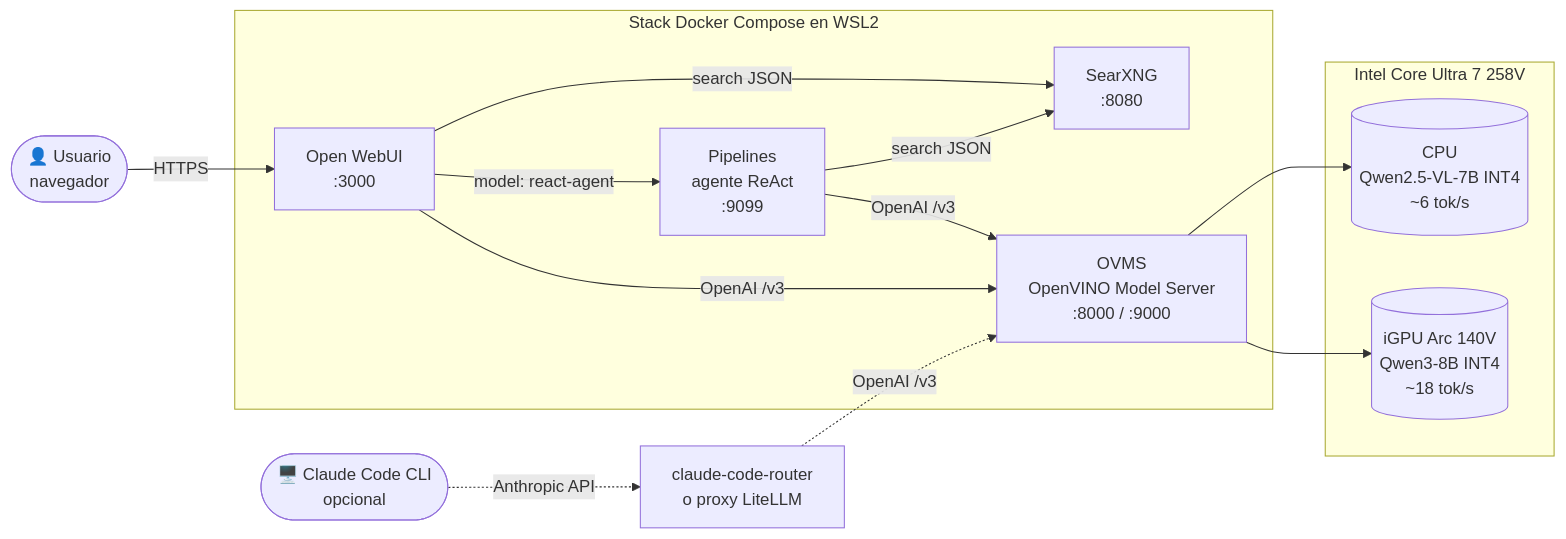
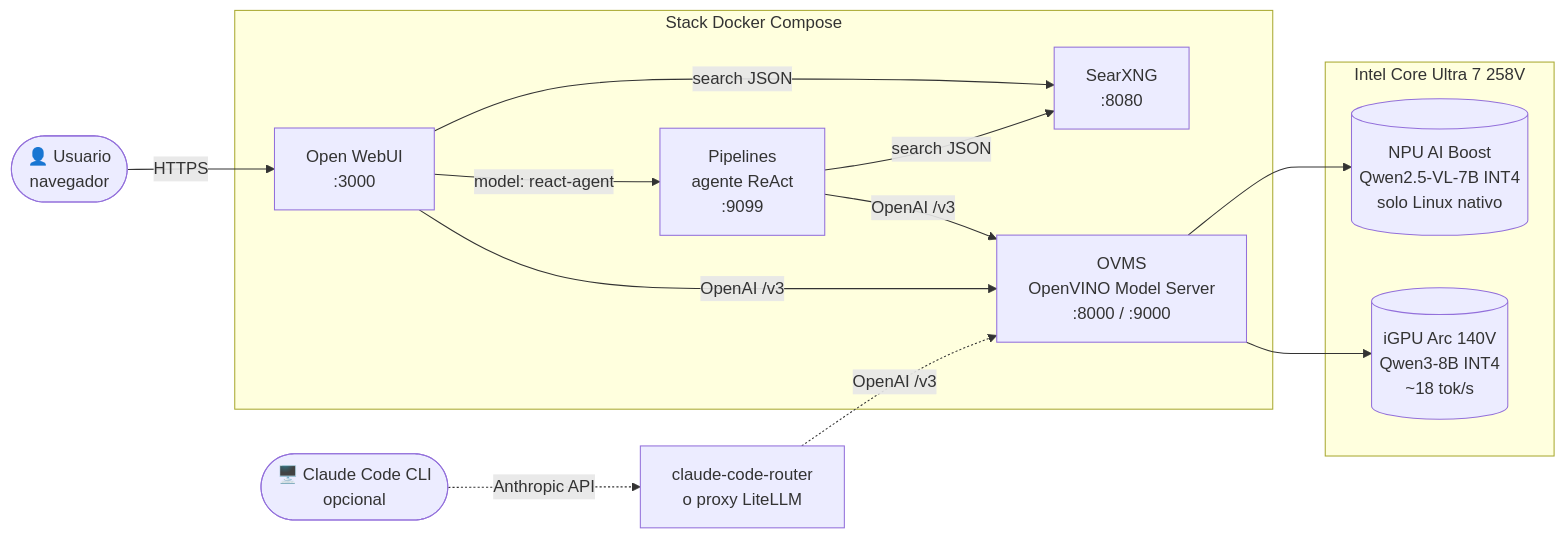
The diagram in README.es.md (cartesiosson/openvino-agent-stack), drawn with Mermaid before and after one commit. The commit also changed other lines of this file and 11 other files, not shown here.

First line of the commit message:
feat: native Linux + NPU support for Qwen2.5-VL-7B on Lunar Lake

````diff
--- a/README.es.md
+++ b/README.es.md
@@ -77,32 +77,32 @@
 ```mermaid
 flowchart LR
     User([👤 Usuario<br/>navegador])
     CC([🖥️ Claude Code CLI<br/>opcional])
 
-    subgraph Stack[Stack Docker Compose en WSL2]
+    subgraph Stack[Stack Docker Compose]
         OWUI[Open WebUI<br/>:3000]
         PIPE[Pipelines<br/>agente ReAct<br/>:9099]
         OVMS[OVMS<br/>OpenVINO Model Server<br/>:8000 / :9000]
         SX[SearXNG<br/>:8080]
     end
 
     subgraph HW[Intel Core Ultra 7 258V]
         IGPU[(iGPU Arc 140V<br/>Qwen3-8B INT4<br/>~18 tok/s)]
-        CPU[(CPU<br/>Qwen2.5-VL-7B INT4<br/>~6 tok/s)]
+        NPU[(NPU AI Boost<br/>Qwen2.5-VL-7B INT4<br/>solo Linux nativo)]
     end
 
     Router[claude-code-router<br/>o proxy LiteLLM]
 
     User -->|HTTPS| OWUI
     OWUI -->|OpenAI /v3| OVMS
     OWUI -->|model: react-agent| PIPE
     OWUI -->|search JSON| SX
     PIPE -->|OpenAI /v3| OVMS
     PIPE -->|search JSON| SX
 
     OVMS --> IGPU
-    OVMS --> CPU
+    OVMS --> NPU
 
     CC -.->|Anthropic API| Router
     Router -.->|OpenAI /v3| OVMS
 ```
````
